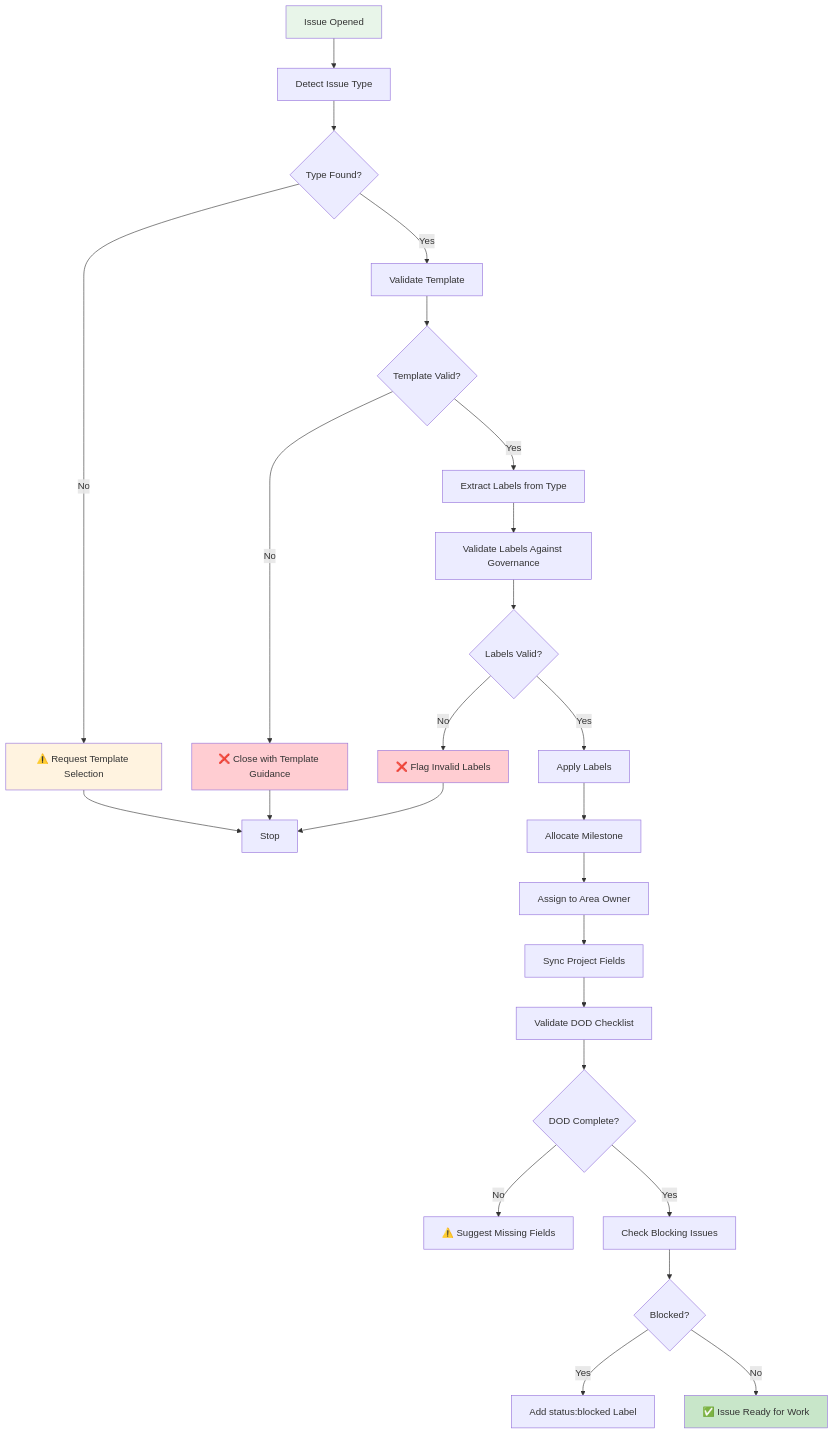
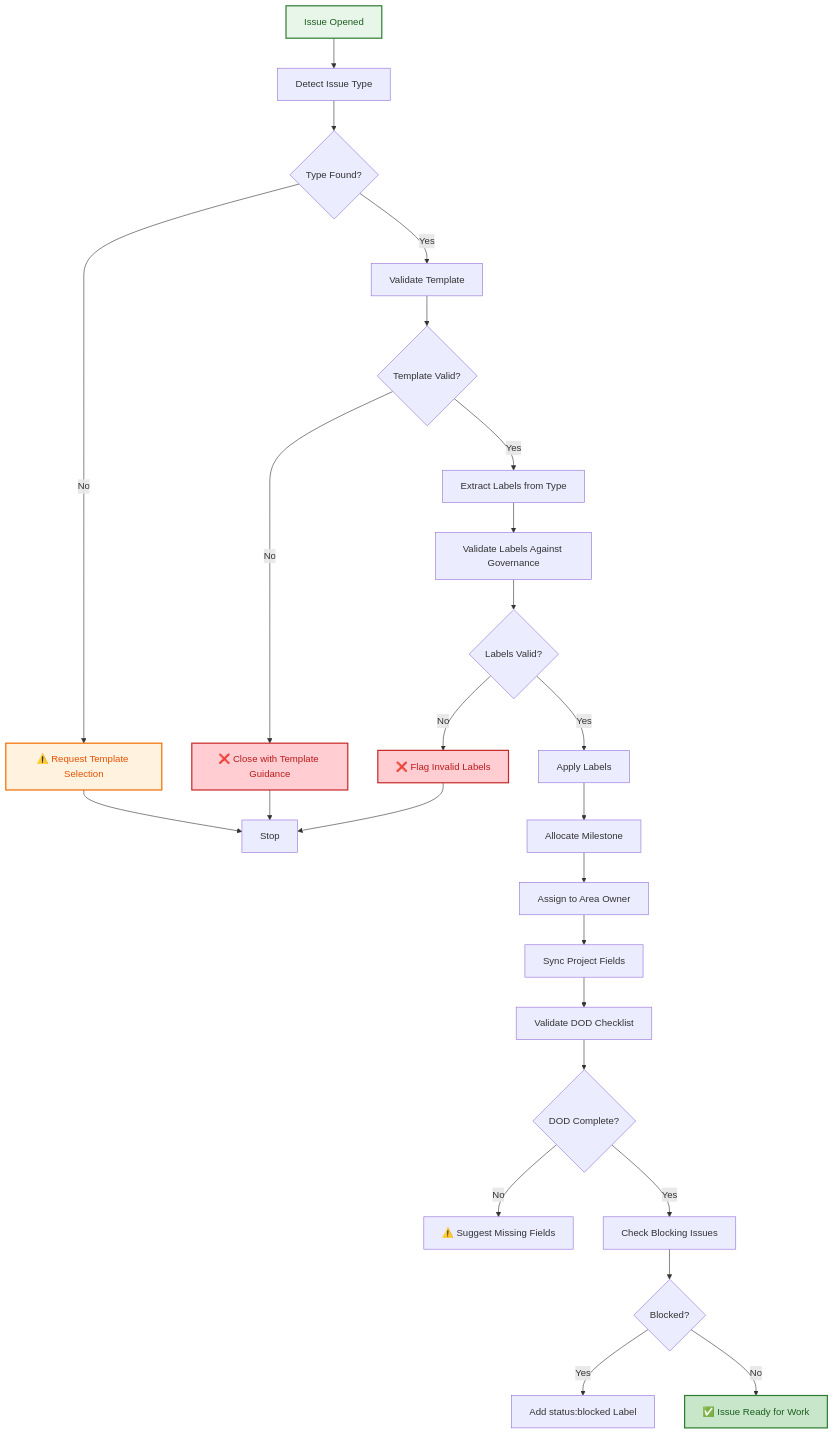
The first of 3 diagrams in .github/projects/active/automation-consolidation-agentic-workflows-2026-09/ISSUE_MANAGEMENT_AGENT_SPEC.md (lightspeedwp/.github), drawn with Mermaid before and after one commit. The commit also changed other lines of this file and 4 other files, not shown here.

First line of the commit message:
Fix quick wins: reconcile effort estimates, add Mermaid accessibility, improve contrast

````diff
--- a/.github/projects/active/automation-consolidation-agentic-workflows-2026-09/ISSUE_MANAGEMENT_AGENT_SPEC.md
+++ b/.github/projects/active/automation-consolidation-agentic-workflows-2026-09/ISSUE_MANAGEMENT_AGENT_SPEC.md
@@ -105,39 +105,41 @@
 ```mermaid
 graph TD
+    accTitle: Issue opened decision tree
+    accDescr: Flowchart showing issue detection, template validation, label application, milestone allocation, and final readiness check
     A["Issue Opened"] --> B["Detect Issue Type"]
     B --> C{Type Found?}
     
     C -->|Yes| D["Validate Template"]
     C -->|No| E["⚠️ Request Template Selection"]
     E --> X["Stop"]
     
     D --> F{Template Valid?}
     F -->|No| G["❌ Close with Template Guidance"]
     G --> X
     F -->|Yes| H["Extract Labels from Type"]
     
     H --> I["Validate Labels Against Governance"]
     I --> J{Labels Valid?}
     J -->|No| K["❌ Flag Invalid Labels"]
     K --> X
     J -->|Yes| L["Apply Labels"]
     
     L --> M["Allocate Milestone"]
     M --> N["Assign to Area Owner"]
     N --> O["Sync Project Fields"]
     O --> P["Validate DOD Checklist"]
     P --> Q{DOD Complete?}
     
     Q -->|No| R["⚠️ Suggest Missing Fields"]
     Q -->|Yes| S["Check Blocking Issues"]
     
     S --> T{Blocked?}
     T -->|Yes| U["Add status:blocked Label"]
     T -->|No| V["✅ Issue Ready for Work"]
     
-    style A fill:#E8F5E9
-    style V fill:#C8E6C9
-    style E fill:#FFF3E0
-    style G fill:#FFCDD2
-    style K fill:#FFCDD2
+    style A fill:#E8F5E9,stroke:#2E7D32,stroke-width:2px,color:#1B5E20
+    style V fill:#C8E6C9,stroke:#2E7D32,stroke-width:2px,color:#1B5E20
+    style E fill:#FFF3E0,stroke:#EF6C00,stroke-width:2px,color:#E65100
+    style G fill:#FFCDD2,stroke:#C62828,stroke-width:2px,color:#B71C1C
+    style K fill:#FFCDD2,stroke:#C62828,stroke-width:2px,color:#B71C1C
 ```
````
